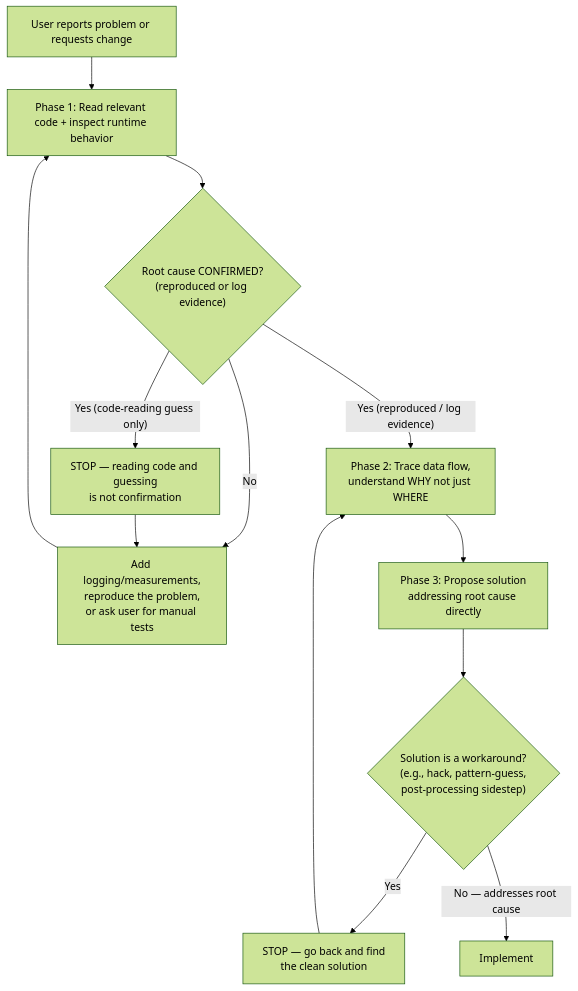
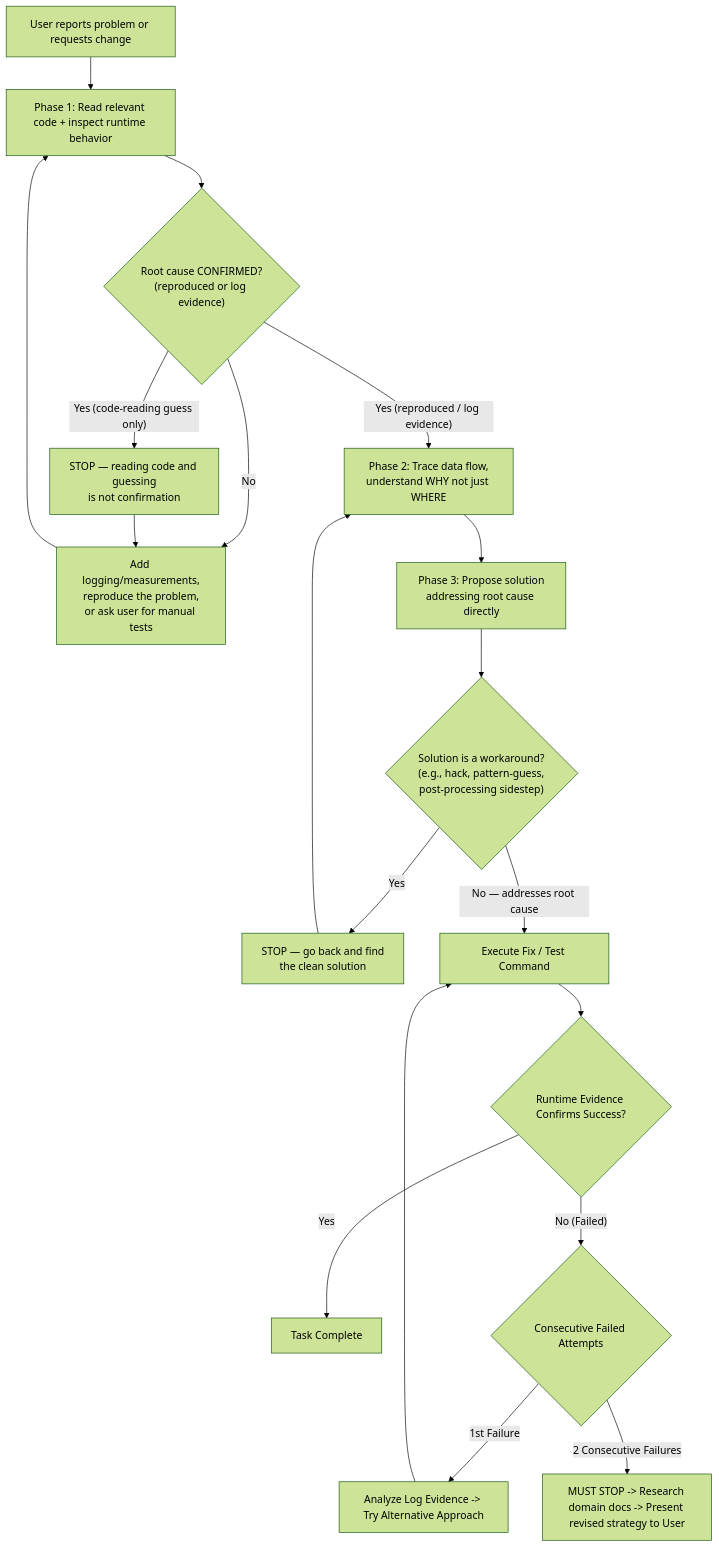
Before and after one commit to loerei/myskills: the eighth of 9 diagrams in AGENTS.md, drawn with Mermaid (forest theme). The commit also changed other lines of this file and 1 other file, not shown here.

Commit message:
docs(policy): combine execution mindset and investigation mermaid flowcharts

````diff
--- a/AGENTS.md
+++ b/AGENTS.md
@@ -264,15 +255,21 @@
 ```mermaid
 flowchart TD
     Trigger["User reports problem or requests change"] --> Phase1["Phase 1: Read relevant code + inspect runtime behavior"]
     Phase1 --> Confirmed{"Root cause CONFIRMED?<br/>(reproduced or log evidence)"}
     Confirmed -->|"No"| Instrument["Add logging/measurements,<br/>reproduce the problem,<br/>or ask user for manual tests"]
     Instrument --> Phase1
     Confirmed -->|"Yes (code-reading guess only)"| Block["STOP — reading code and guessing<br/>is not confirmation"]
     Block --> Instrument
     Confirmed -->|"Yes (reproduced / log evidence)"| Phase2["Phase 2: Trace data flow,<br/>understand WHY not just WHERE"]
     Phase2 --> Phase3["Phase 3: Propose solution<br/>addressing root cause directly"]
     Phase3 --> HackCheck{"Solution is a workaround?<br/>(e.g., hack, pattern-guess,<br/>post-processing sidestep)"}
     HackCheck -->|"Yes"| BackToPhase2["STOP — go back and find<br/>the clean solution"]
     BackToPhase2 --> Phase2
-    HackCheck -->|"No — addresses root cause"| Implement["Implement"]
+    HackCheck -->|"No — addresses root cause"| ExecAttempt["Execute Fix / Test Command"]
+    ExecAttempt --> CheckEvidence{"Runtime Evidence Confirms Success?"}
+    CheckEvidence -->|"Yes"| Pass["Task Complete"]
+    CheckEvidence -->|"No (Failed)"| CountCheck{"Consecutive Failed Attempts"}
+    CountCheck -->|"1st Failure"| AnalyzeLog["Analyze Log Evidence -> Try Alternative Approach"]
+    AnalyzeLog --> ExecAttempt
+    CountCheck -->|"2 Consecutive Failures"| MustStop["MUST STOP -> Research domain docs -> Present revised strategy to User"]
 ```
````
